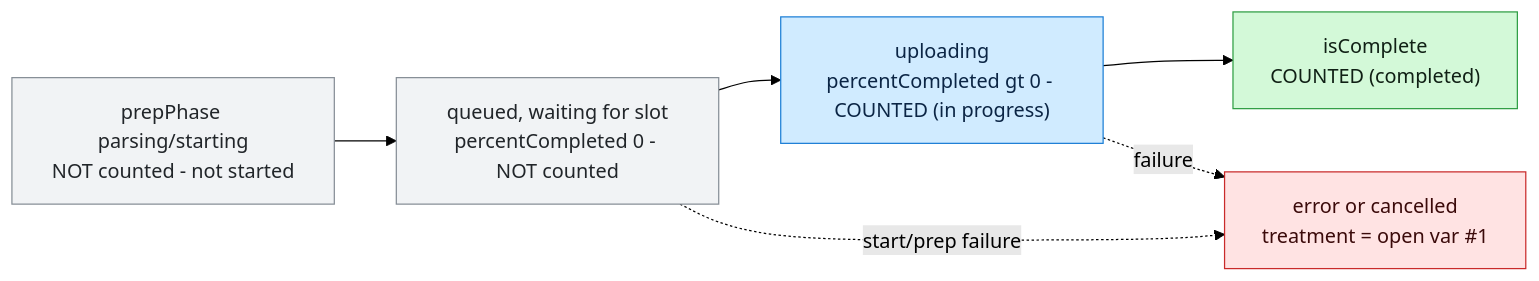
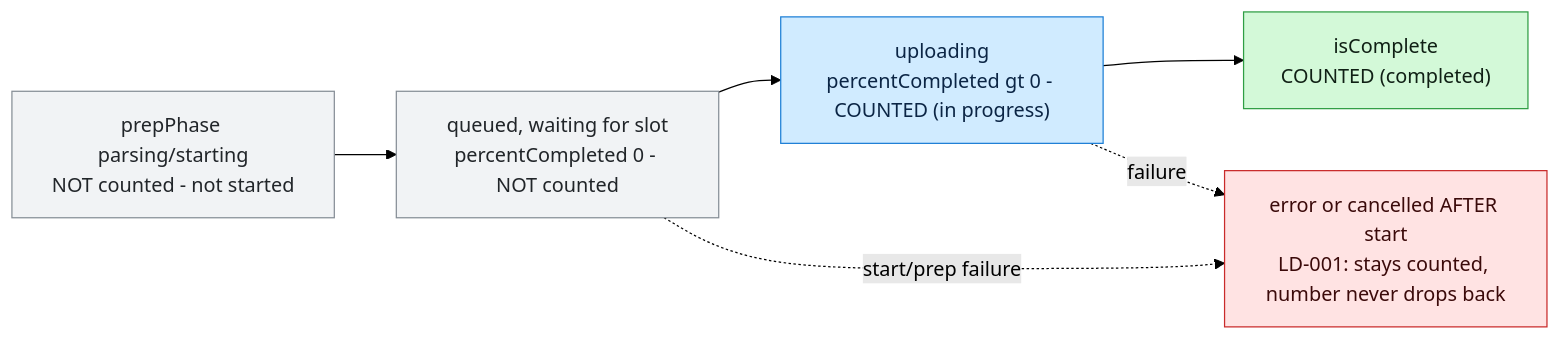
Before and after one commit to SirGunther/dustin-thomason: the second of 3 diagrams in docs/atlas/PRDV-14055/investigations/PRDV-14055-diagrams.md, drawn with Mermaid (forest theme). The commit also changed other lines of this file and 8 other files, not shown here.

````diff
--- a/docs/atlas/PRDV-14055/investigations/PRDV-14055-diagrams.md
+++ b/docs/atlas/PRDV-14055/investigations/PRDV-14055-diagrams.md
@@ -58,22 +55,22 @@
 ```mermaid
 flowchart LR
   classDef current fill:#ffe3e3,stroke:#c92a2a,color:#3b0a0a
   classDef delta   fill:#d0ebff,stroke:#1c7ed6,color:#0b2545
   classDef shared  fill:#f1f3f5,stroke:#868e96,color:#212529
   classDef ok      fill:#d3f9d8,stroke:#2f9e44,color:#102015
 
   S_PREP["prepPhase parsing/starting<br/>NOT counted - not started"]
   S_WAIT["queued, waiting for slot<br/>percentCompleted 0 - NOT counted"]
   S_UP["uploading<br/>percentCompleted gt 0 - COUNTED (in progress)"]
   S_DONE["isComplete<br/>COUNTED (completed)"]
-  S_ERR["error or cancelled<br/>treatment = open var #1"]
+  S_ERR["error or cancelled AFTER start<br/>LD-001: stays counted, number never drops back"]
 
   S_PREP --> S_WAIT --> S_UP --> S_DONE
   S_UP -. failure .-> S_ERR
   S_WAIT -. start/prep failure .-> S_ERR
 
   class S_PREP,S_WAIT shared
   class S_UP delta
   class S_DONE ok
   class S_ERR current
 ```
````
